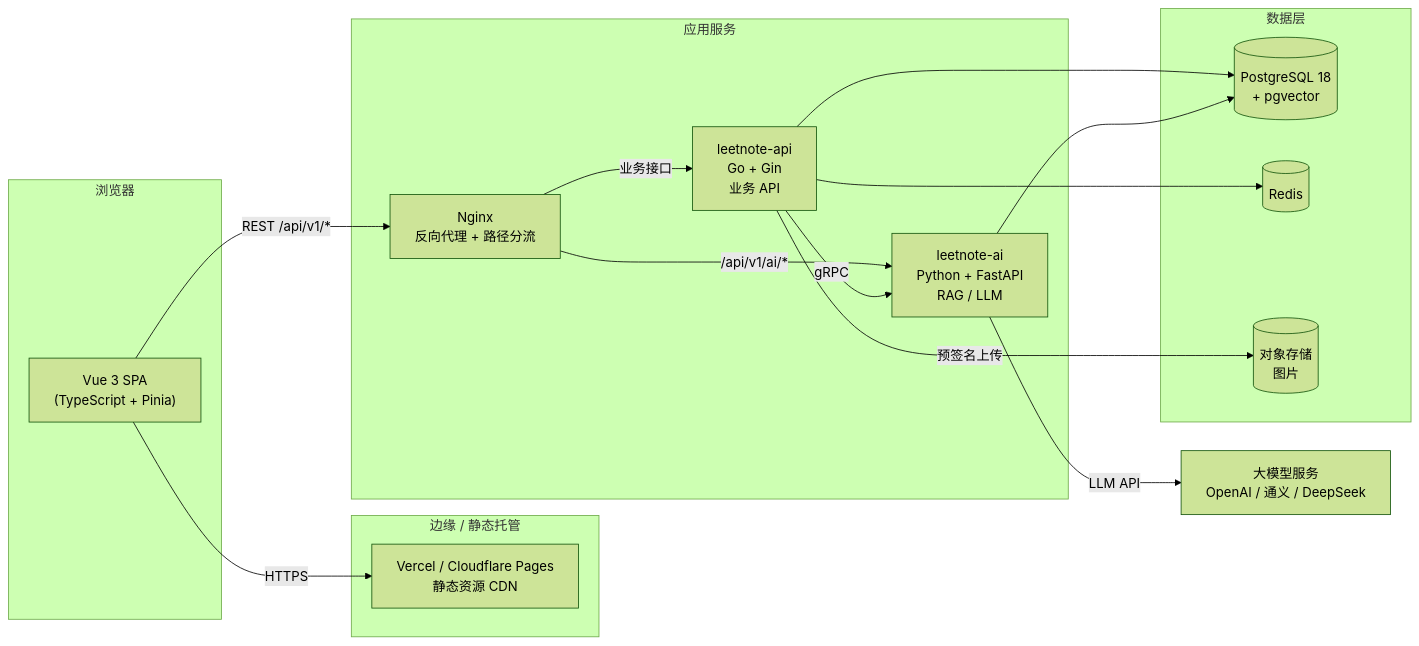
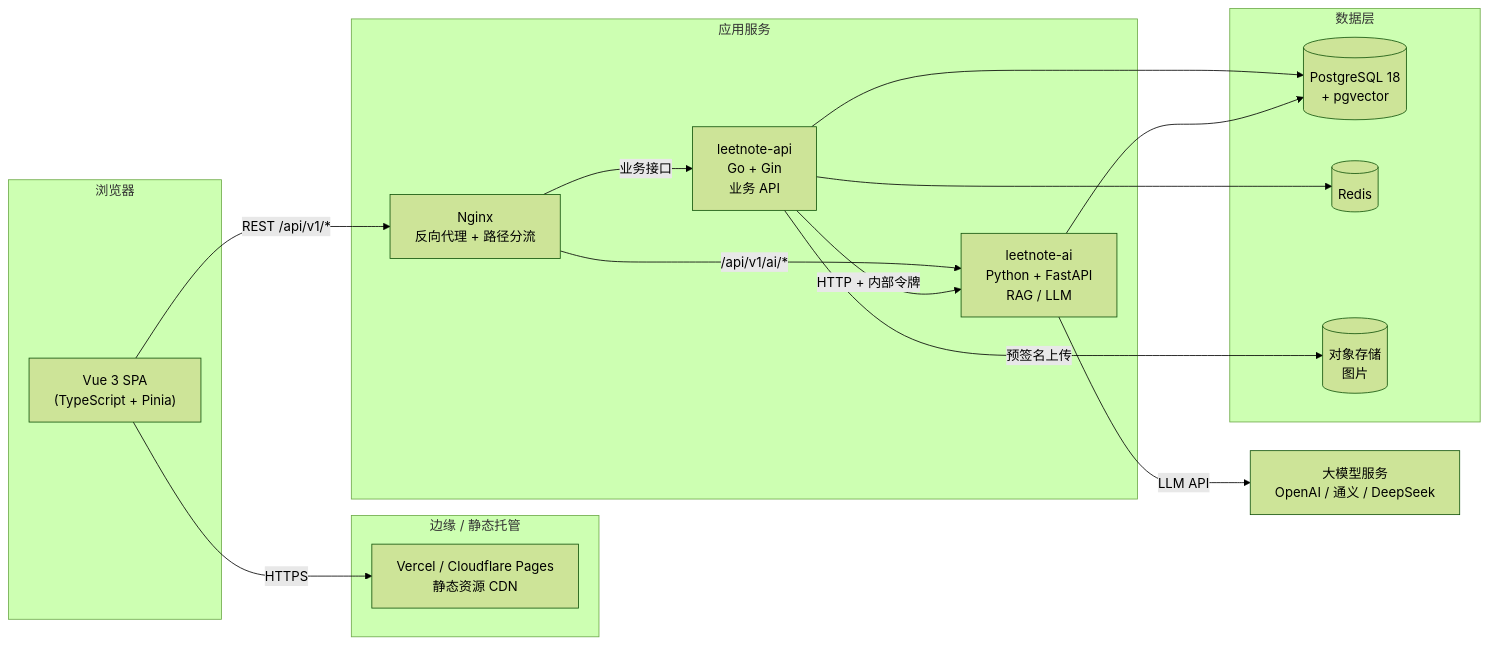
Before and after one commit to mzzzmnq/leetnote: the first of 4 diagrams in docs/DESIGN.md, drawn with Mermaid (forest theme). The commit also changed other lines of this file and 35 other files, not shown here.

````diff
--- a/docs/DESIGN.md
+++ b/docs/DESIGN.md
@@ -118,35 +123,35 @@
 ```mermaid
 flowchart LR
     subgraph Browser["浏览器"]
         SPA["Vue 3 SPA<br/>(TypeScript + Pinia)"]
     end
 
     subgraph Edge["边缘 / 静态托管"]
         CDN["Vercel / Cloudflare Pages<br/>静态资源 CDN"]
     end
 
     subgraph Server["应用服务"]
         NG["Nginx<br/>反向代理 + 路径分流"]
         API["leetnote-api<br/>Go + Gin<br/>业务 API"]
         AI["leetnote-ai<br/>Python + FastAPI<br/>RAG / LLM"]
     end
 
     subgraph Data["数据层"]
         PG[("PostgreSQL 18<br/>+ pgvector")]
         RD[("Redis")]
         R2[("对象存储<br/>图片")]
     end
 
     LLM["大模型服务<br/>OpenAI / 通义 / DeepSeek"]
 
     SPA -->|HTTPS| CDN
     SPA -->|"REST /api/v1/*"| NG
     NG -->|"业务接口"| API
     NG -->|"/api/v1/ai/*"| AI
-    API -->|gRPC| AI
+    API -->|"HTTP + 内部令牌"| AI
     API --> PG
     API --> RD
     API -->|预签名上传| R2
     AI --> PG
     AI -->|LLM API| LLM
 ```
````
